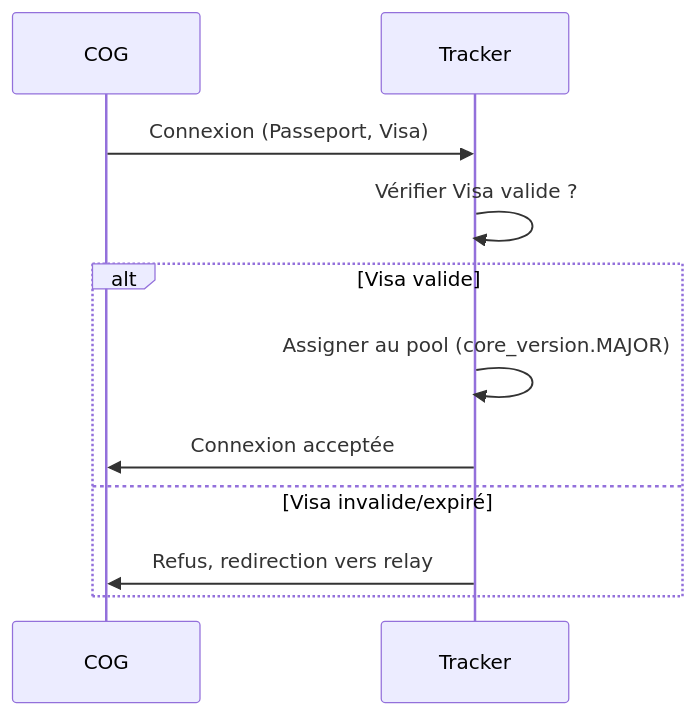
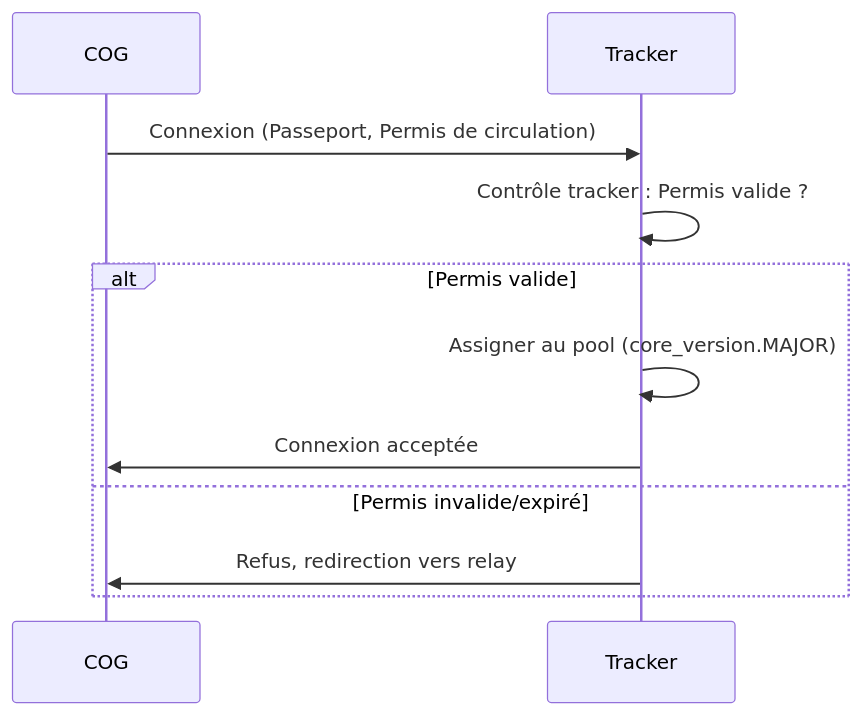
The second of 4 diagrams in docs/miyukini-webway-system/acteurs/MWS - Trackers.md (StudioMiyukini/miyukini_cog), drawn with Mermaid before and after one commit. The commit also changed other lines of this file and 17 other files, not shown here.

````diff
--- a/docs/miyukini-webway-system/acteurs/MWS - Trackers.md
+++ b/docs/miyukini-webway-system/acteurs/MWS - Trackers.md
@@ -74,14 +76,14 @@
 ```mermaid
 sequenceDiagram
     participant COG as COG
     participant T as Tracker
 
-    COG->>T: Connexion (Passeport, Visa)
-    T->>T: Vérifier Visa valide ?
-    alt Visa valide
+    COG->>T: Connexion (Passeport, Permis de circulation)
+    T->>T: Contrôle tracker : Permis valide ?
+    alt Permis valide
         T->>T: Assigner au pool (core_version.MAJOR)
         T->>COG: Connexion acceptée
-    else Visa invalide/expiré
+    else Permis invalide/expiré
         T->>COG: Refus, redirection vers relay
     end
 ```
````
